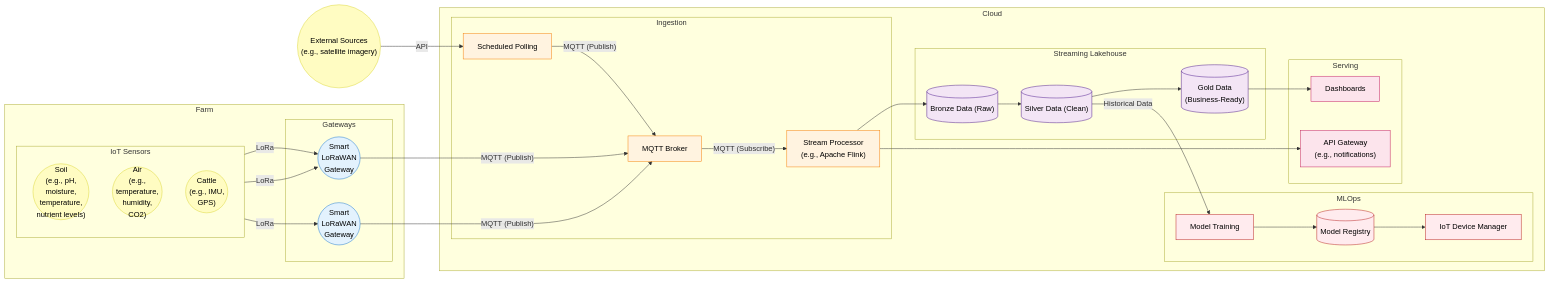
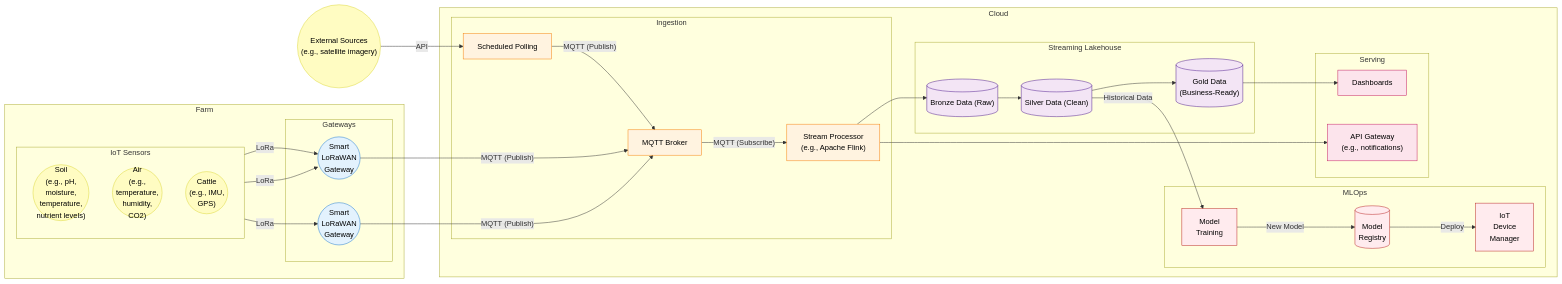
Before and after one commit to aydanthompson/smart-agrifarming-is: the first of 4 diagrams in docs/architecture-diagrams.md, drawn with Mermaid.

Commit message:
Updated MLOps arrows

````diff
--- a/docs/architecture-diagrams.md
+++ b/docs/architecture-diagrams.md
@@ -11,73 +11,73 @@
 ```mermaid
 flowchart LR
     subgraph farm["Farm"]
         subgraph edge_layer["IoT Sensors"]
             direction TB
             sensors_soil(("Soil<br>(e.g., pH,<br>moisture,<br>temperature,<br>nutrient levels)"))
             sensors_air(("Air<br>(e.g.,<br>temperature,<br>humidity,<br>CO2)"))
             sensors_cattle(("Cattle<br>(e.g., IMU,<br>GPS)"))
         end
 
         subgraph gateways["Gateways"]
             gateway_1(("Smart<br>LoRaWAN<br>Gateway"))
             gateway_2(("Smart<br>LoRaWAN<br>Gateway"))
         end
     end
 
     external_sources(("External Sources<br>(e.g., satellite imagery)"))
     external_sources -->|API| scheduled_polling
     scheduled_polling -->|"MQTT (Publish)"| broker
 
     subgraph cloud["Cloud"]
         subgraph ingestion["Ingestion"]
             scheduled_polling["Scheduled Polling"]
             broker["MQTT Broker"]
             stream_processor["Stream Processor<br>(e.g., Apache Flink)"]
         end
 
         subgraph lakehouse["Streaming Lakehouse"]
             bronze[("Bronze Data (Raw)")]
             silver[("Silver Data (Clean)")]
             gold[("Gold Data<br>(Business-Ready)")]
         end
 
         subgraph mlops["MLOps"]
-            training["Model Training"]
-            registry[("Model Registry")]
-            device_manager["IoT Device Manager"]
+            training["Model<br>Training"]
+            registry[("Model<br>Registry")]
+            device_manager["IoT<br>Device<br>Manager"]
         end
 
         subgraph serving["Serving"]
             dashboard["Dashboards"]
             api["API Gateway<br>(e.g., notifications)"]
         end
     end
 
     sensors_soil & sensors_air -->|LoRa| gateway_1
     sensors_cattle -->|LoRa| gateway_2
     gateway_1 --->|"MQTT (Publish)"| broker
     gateway_2 --->|"MQTT (Publish)"| broker
     broker -->|"MQTT (Subscribe)"| stream_processor
     stream_processor --> bronze
     stream_processor --> api
     bronze --> silver
     silver --> gold
     gold --> dashboard
-    training --> registry
-    registry --> device_manager
     silver -->|"Historical Data"| training
+    training -->|"New Model"| registry
+    registry -->|"Deploy"| device_manager
 
     classDef sensorStyle fill:#fffcc2,stroke:#dad734,color:#000
     classDef gatewayStyle fill:#e3f2fd,stroke:#1976d2,color:#000
     classDef ingestStyle fill:#fff3e0,stroke:#f57c00,color:#000
     classDef dataStyle fill:#f3e5f5,stroke:#4a148c,color:#000
     classDef mlStyle fill:#ffebee,stroke:#b71c1c,color:#000
     classDef presentationStyle fill:#fce4ec,stroke:#c2185b,color:#000
 
     class sensors_soil,sensors_air,sensors_cattle,external_sources sensorStyle
     class gateway_1,gateway_2 gatewayStyle
     class broker,stream_processor,scheduled_polling ingestStyle
     class bronze,silver,gold dataStyle
     class training,registry,device_manager mlStyle
     class dashboard,api presentationStyle
 ```
````
